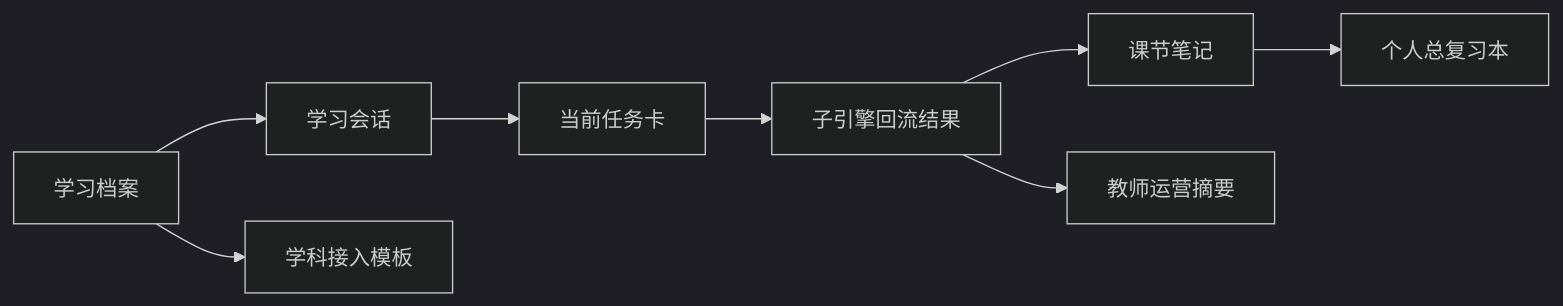
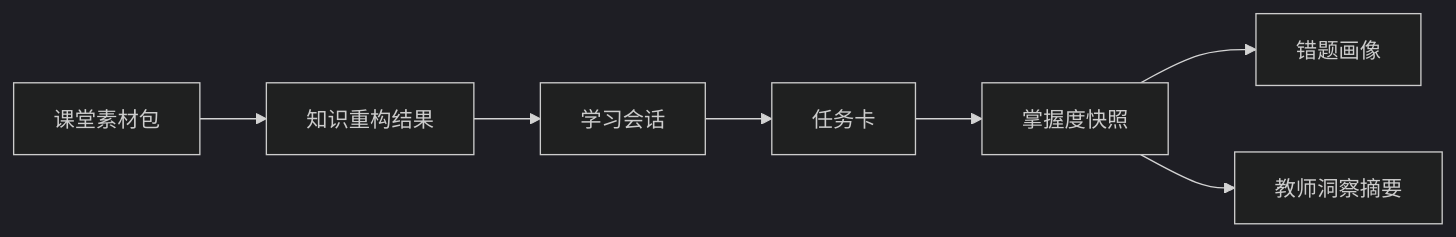
One commit to chenqsq/doc-showcase changed the diagram in doc/智能体文档/平台层/AI主导学习平台-统一对象与接口契约.md. Above: the diagram before and after it, drawn with Mermaid (dark theme). The commit also changed other lines of this file and 27 other files, not shown here.

````diff
--- a/doc/智能体文档/平台层/AI主导学习平台-统一对象与接口契约.md
+++ b/doc/智能体文档/平台层/AI主导学习平台-统一对象与接口契约.md
@@ -39,10 +148,9 @@
 ```mermaid
 flowchart LR
-    A[学习档案] --> B[学习会话]
-    B --> C[当前任务卡]
-    C --> D[子引擎回流结果]
-    D --> E[课节笔记]
-    E --> F[个人总复习本]
-    D --> G[教师运营摘要]
-    A --> H[学科接入模板]
+    A[课堂素材包] --> B[知识重构结果]
+    B --> C[学习会话]
+    C --> D[任务卡]
+    D --> E[掌握度快照]
+    E --> F[错题画像]
+    E --> G[教师洞察摘要]
 ```
````
